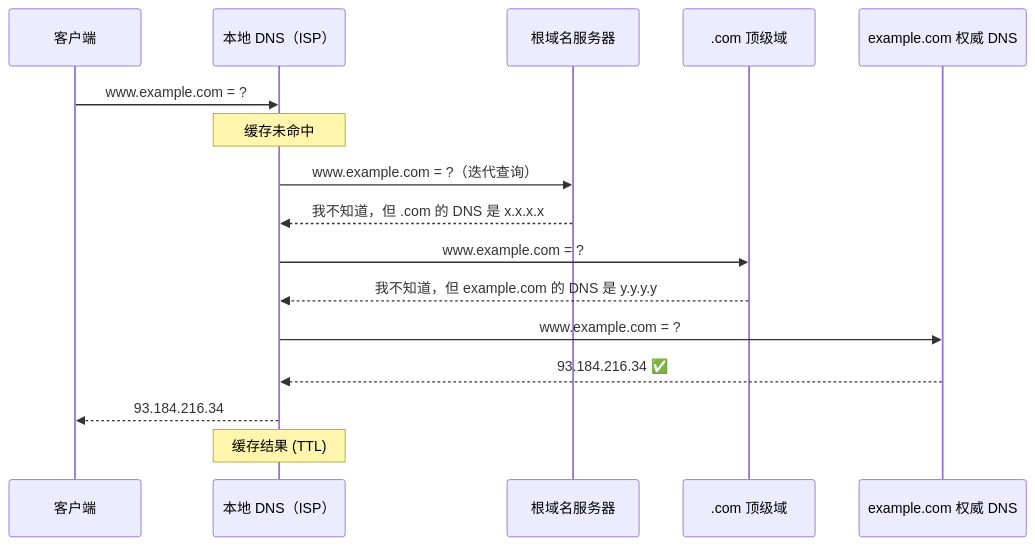
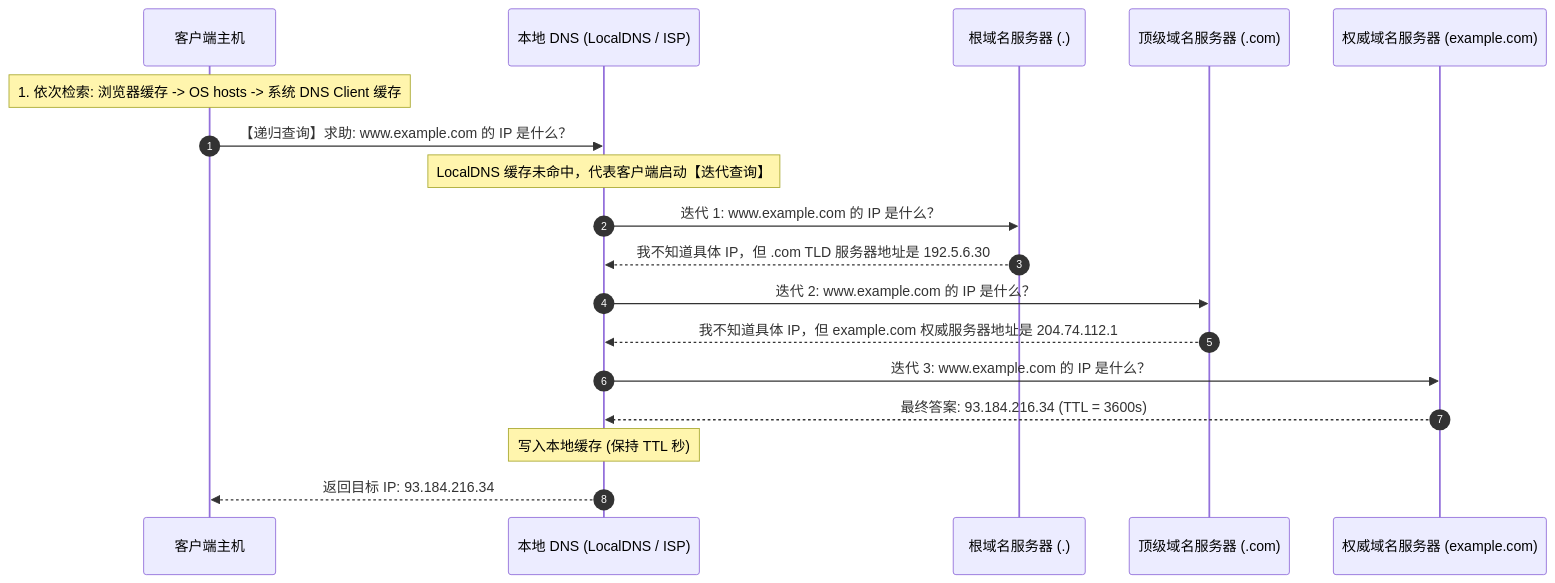
One commit to Lumivers/firefly changed the first of 4 diagrams in src/content/posts/network/06_infrastructure.md. Above: the diagram before and after it, drawn with Mermaid. The commit also changed other lines of this file and 18 other files, not shown here.

````diff
--- a/src/content/posts/network/06_infrastructure.md
+++ b/src/content/posts/network/06_infrastructure.md
@@ -36,23 +40,21 @@
 ```mermaid
 sequenceDiagram
-    participant C as 客户端
-    participant L as 本地 DNS（ISP）
-    participant R as 根域名服务器
-    participant T as .com 顶级域
-    participant A as example.com 权威 DNS
+    autonumber
+    participant Host as 客户端主机
+    participant Local as 本地 DNS (LocalDNS / ISP)
+    participant Root as 根域名服务器 (.)
+    participant TLD as 顶级域名服务器 (.com)
+    participant Auth as 权威域名服务器 (example.com)
 
-    C->>L: www.example.com = ?
-    Note over L: 缓存未命中
-
-    L->>R: www.example.com = ?（迭代查询）
-    R-->>L: 我不知道，但 .com 的 DNS 是 x.x.x.x
-
-    L->>T: www.example.com = ?
-    T-->>L: 我不知道，但 example.com 的 DNS 是 y.y.y.y
-
-    L->>A: www.example.com = ?
-    A-->>L: 93.184.216.34 ✅
-
-    L-->>C: 93.184.216.34
-    Note over L: 缓存结果 (TTL)
+    Note over Host: 1. 依次检索: 浏览器缓存 -> OS hosts -> 系统 DNS Client 缓存
+    Host->>Local: 【递归查询】求助: www.example.com 的 IP 是什么？
+    Note over Local: LocalDNS 缓存未命中，代表客户端启动【迭代查询】
+    Local->>Root: 迭代 1: www.example.com 的 IP 是什么？
+    Root-->>Local: 我不知道具体 IP，但 .com TLD 服务器地址是 192.5.6.30
+    Local->>TLD: 迭代 2: www.example.com 的 IP 是什么？
+    TLD-->>Local: 我不知道具体 IP，但 example.com 权威服务器地址是 204.74.112.1
+    Local->>Auth: 迭代 3: www.example.com 的 IP 是什么？
+    Auth-->>Local: 最终答案: 93.184.216.34 (TTL = 3600s)
+    Note over Local: 写入本地缓存 (保持 TTL 秒)
+    Local-->>Host: 返回目标 IP: 93.184.216.34
 ```
````
